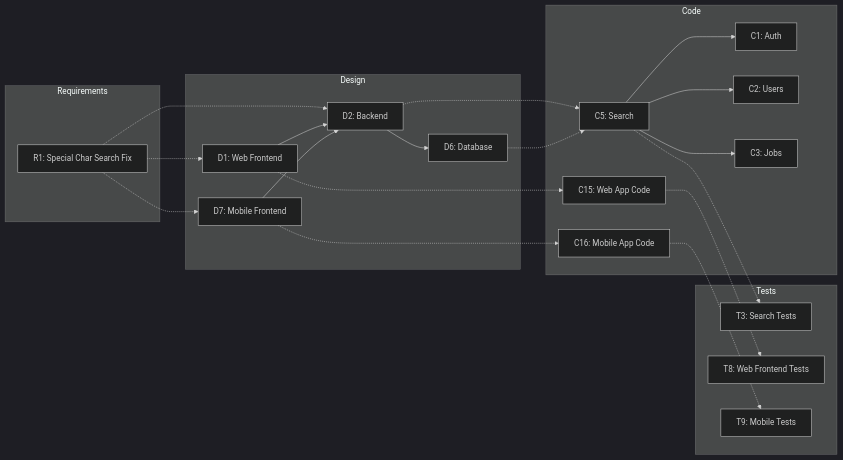
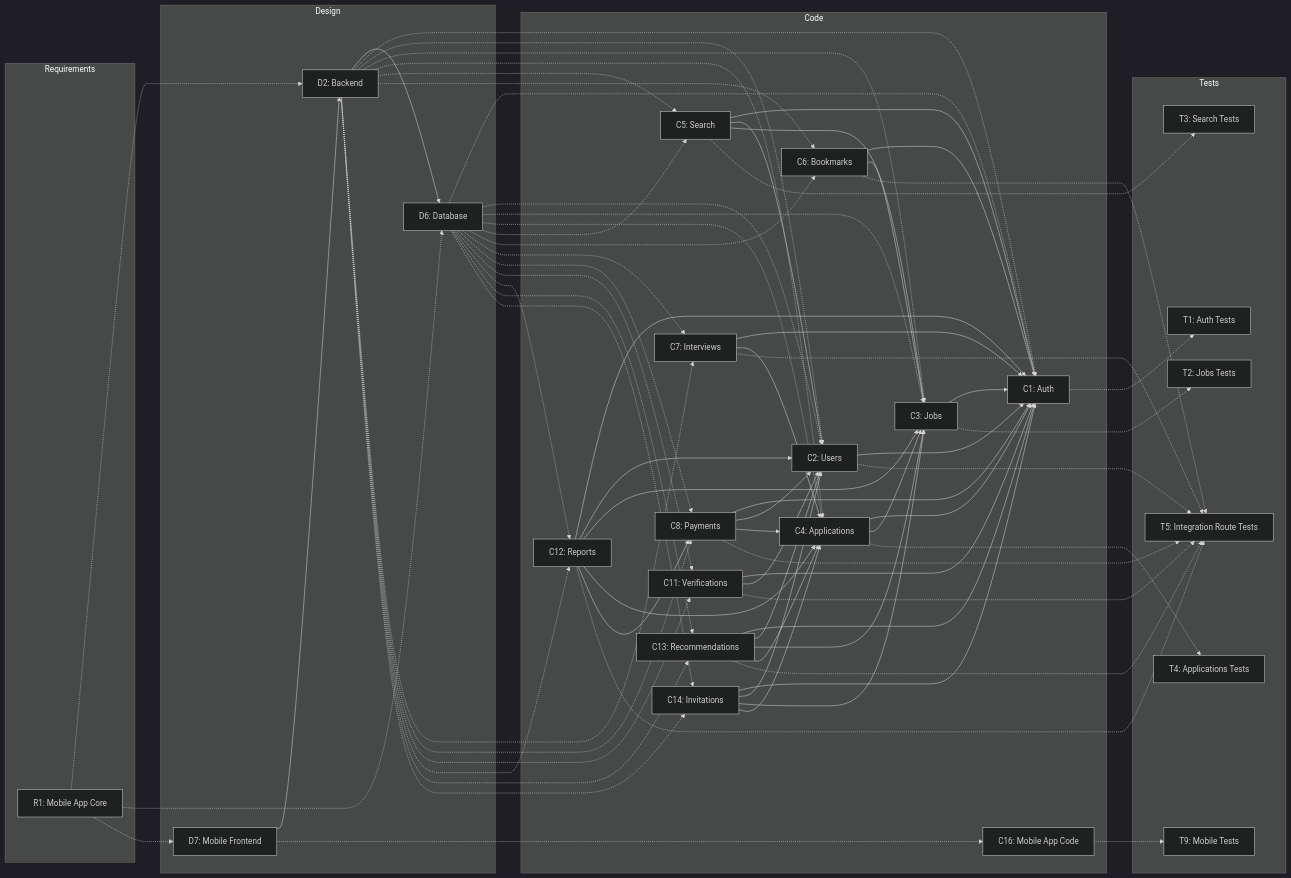
Before and after one commit to outoft3n/2025-ITCS383-Chongyai: the second of 8 diagrams in D4_IMPACT_ANALYSIS.MD, drawn with Mermaid (dark theme). The commit also changed other lines of this file, not shown here.

````diff
--- a/D4_IMPACT_ANALYSIS.MD
+++ b/D4_IMPACT_ANALYSIS.MD
@@ -235,11 +245,10 @@
 graph LR
 
 subgraph Requirements
-R1[R1: Special Char Search Fix]
+R1[R1: Mobile App Core]
 end
 
 subgraph Design
-D1[D1: Web Frontend]
 D2[D2: Backend]
 D6[D6: Database]
 D7[D7: Mobile Frontend]
@@ -249,35 +258,100 @@
 C1[C1: Auth]
 C2[C2: Users]
 C3[C3: Jobs]
+C4[C4: Applications]
 C5[C5: Search]
-C15[C15: Web App Code]
+C6[C6: Bookmarks]
+C7[C7: Interviews]
+C8[C8: Payments]
+C11[C11: Verifications]
+C12[C12: Reports]
+C13[C13: Recommendations]
+C14[C14: Invitations]
 C16[C16: Mobile App Code]
 end
 
 subgraph Tests
+T1[T1: Auth Tests]
+T2[T2: Jobs Tests]
 T3[T3: Search Tests]
-T8[T8: Web Frontend Tests]
+T4[T4: Applications Tests]
+T5[T5: Integration Route Tests]
 T9[T9: Mobile Tests]
 end
 
-R1 -.-> D1
 R1 -.-> D2
+R1 -.-> D6
 R1 -.-> D7
 
-D1 --> D2
 D7 --> D2
 D2 --> D6
 
+D2 -.-> C1
+D2 -.-> C2
+D2 -.-> C3
+D2 -.-> C4
 D2 -.-> C5
+D2 -.-> C6
+D2 -.-> C7
+D2 -.-> C8
+D2 -.-> C11
+D2 -.-> C12
+D2 -.-> C13
+D2 -.-> C14
+D6 -.-> C1
+D6 -.-> C2
+D6 -.-> C3
+D6 -.-> C4
 D6 -.-> C5
-D1 -.-> C15
+D6 -.-> C6
+D6 -.-> C7
+D6 -.-> C8
+D6 -.-> C11
+D6 -.-> C12
+D6 -.-> C13
+D6 -.-> C14
 D7 -.-> C16
 
+C2 --> C1
+C3 --> C1
+C4 --> C1
+C4 --> C3
 C5 --> C1
+C5 --> C2
 C5 --> C3
-C5 --> C2
+C6 --> C1
+C6 --> C3
+C7 --> C1
+C7 --> C4
+C8 --> C1
+C8 --> C2
+C8 --> C4
+C11 --> C1
+C11 --> C2
+C12 --> C1
+C12 --> C2
+C12 --> C3
+C12 --> C4
+C12 --> C8
+C13 --> C1
+C13 --> C2
+C13 --> C3
+C13 --> C4
+C14 --> C1
+C14 --> C2
+C14 --> C3
+C14 --> C4
 
+C1 -.-> T1
+C3 -.-> T2
 C5 -.-> T3
-C15 -.-> T8
+C4 -.-> T4
+C2 -.-> T5
+C6 -.-> T5
+C7 -.-> T5
+C8 -.-> T5
+C11 -.-> T5
+C12 -.-> T5
+C13 -.-> T5
 C16 -.-> T9
 ```
````
